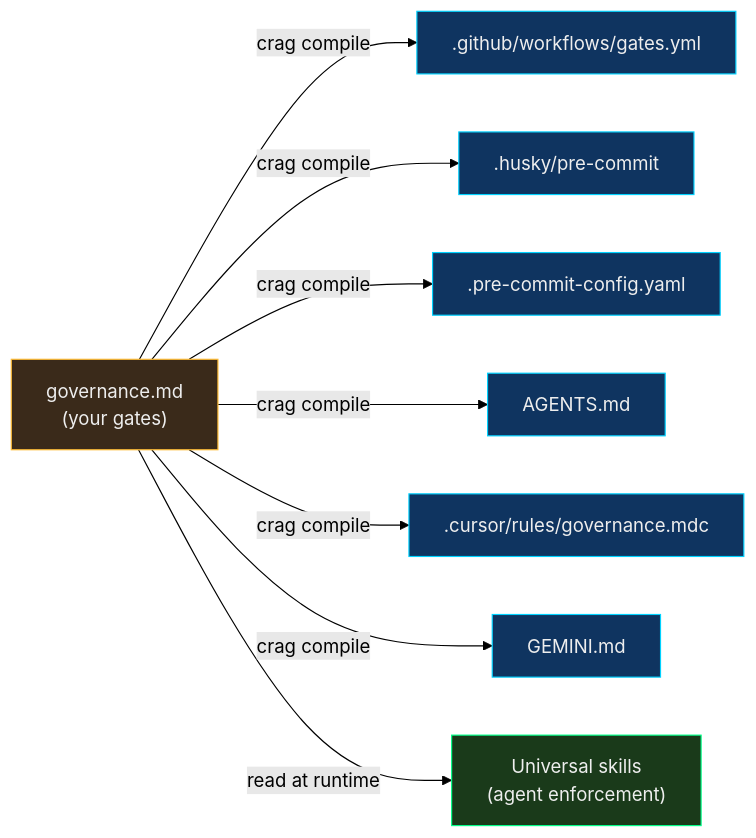
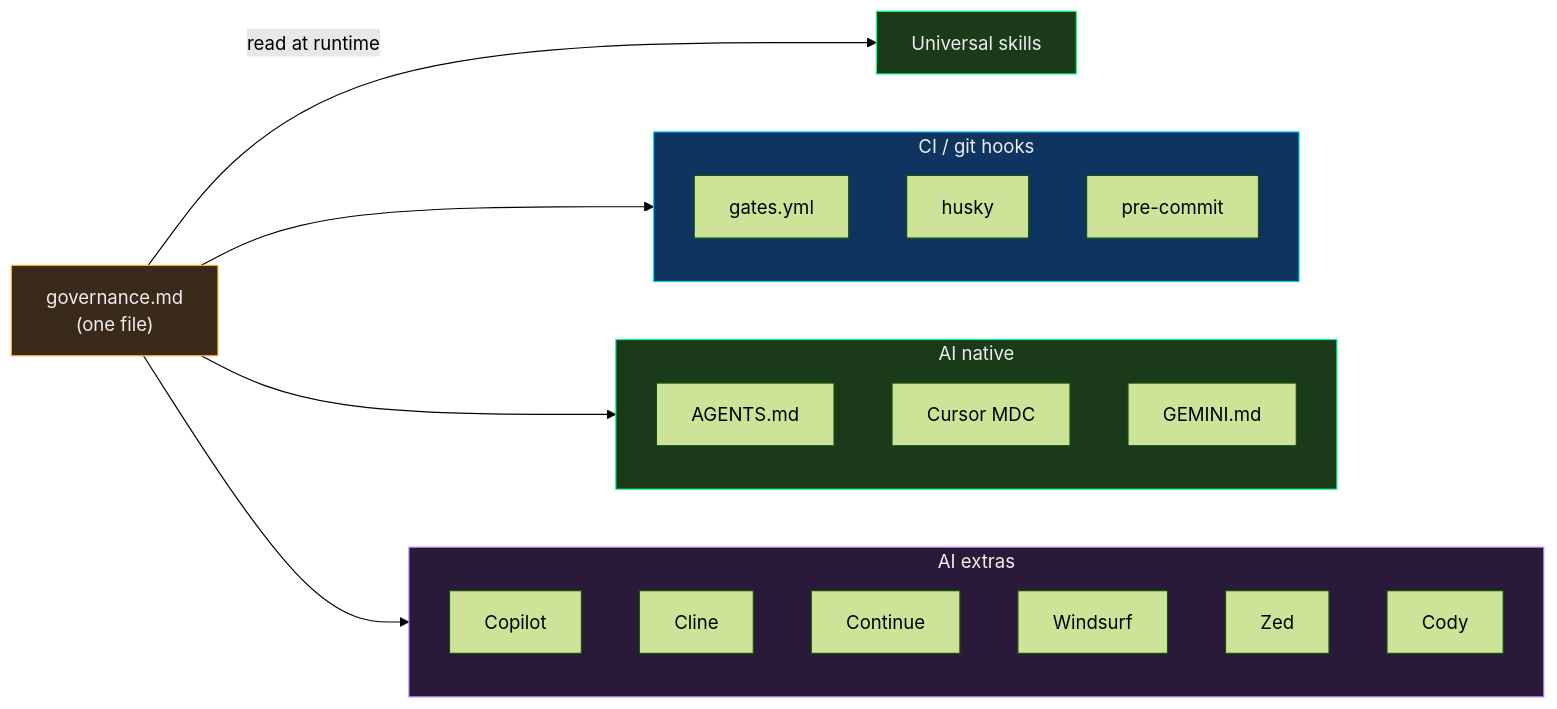
One commit to WhitehatD/crag changed the second of 4 diagrams in README.md. Above: the diagram before and after it, drawn with Mermaid (forest theme). The commit also changed other lines of this file and 27 other files, not shown here.

````diff
--- a/README.md
+++ b/README.md
@@ -499,20 +568,36 @@
 ```mermaid
 flowchart LR
-    GOV["governance.md\n(your gates)"]
-    GOV -->|"crag compile"| GH[".github/workflows/gates.yml"]
-    GOV -->|"crag compile"| HK[".husky/pre-commit"]
-    GOV -->|"crag compile"| PC[".pre-commit-config.yaml"]
-    GOV -->|"crag compile"| AM["AGENTS.md"]
-    GOV -->|"crag compile"| CR[".cursor/rules/governance.mdc"]
-    GOV -->|"crag compile"| GM["GEMINI.md"]
-    GOV -->|"read at runtime"| SKILL["Universal skills\n(agent enforcement)"]
+    GOV["governance.md\n(one file)"]
+
+    subgraph CI["CI / git hooks"]
+        GH["gates.yml"]
+        HK["husky"]
+        PC["pre-commit"]
+    end
+
+    subgraph NATIVE["AI native"]
+        AM["AGENTS.md"]
+        CR["Cursor MDC"]
+        GM["GEMINI.md"]
+    end
+
+    subgraph EXTRAS["AI extras"]
+        CO["Copilot"]
+        CL["Cline"]
+        CN["Continue"]
+        WS["Windsurf"]
+        ZE["Zed"]
+        CY["Cody"]
+    end
+
+    GOV --> CI
+    GOV --> NATIVE
+    GOV --> EXTRAS
+    GOV -->|"read at runtime"| SKILL["Universal skills"]
 
     style GOV fill:#3a2a1a,stroke:#ffbb33,color:#eee
-    style GH fill:#0f3460,stroke:#00d2ff,color:#eee
-    style HK fill:#0f3460,stroke:#00d2ff,color:#eee
-    style PC fill:#0f3460,stroke:#00d2ff,color:#eee
-    style AM fill:#0f3460,stroke:#00d2ff,color:#eee
-    style CR fill:#0f3460,stroke:#00d2ff,color:#eee
-    style GM fill:#0f3460,stroke:#00d2ff,color:#eee
+    style CI fill:#0f3460,stroke:#00d2ff,color:#eee
+    style NATIVE fill:#1a3a1a,stroke:#00ff88,color:#eee
+    style EXTRAS fill:#2a1a3a,stroke:#bb86fc,color:#eee
     style SKILL fill:#1a3a1a,stroke:#00ff88,color:#eee
 ```
````
